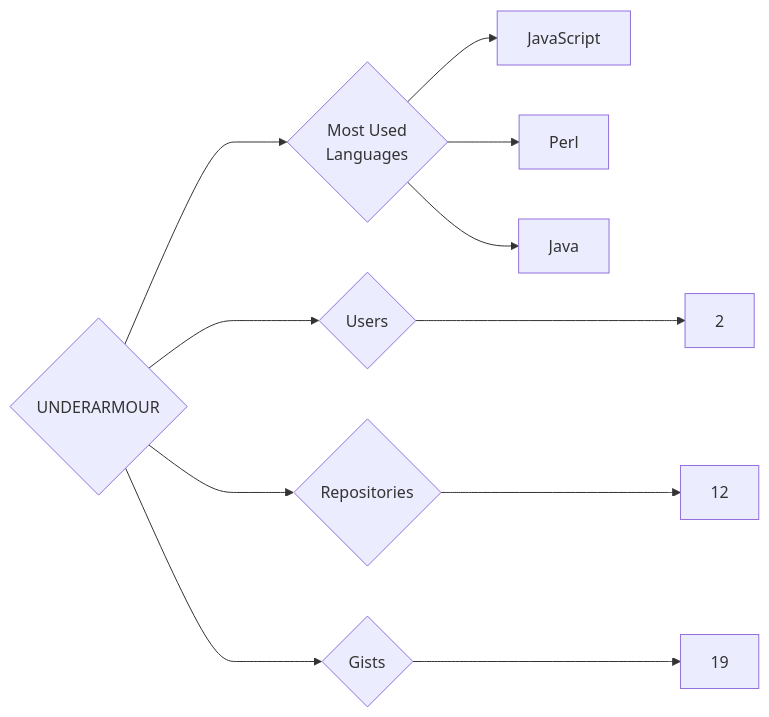
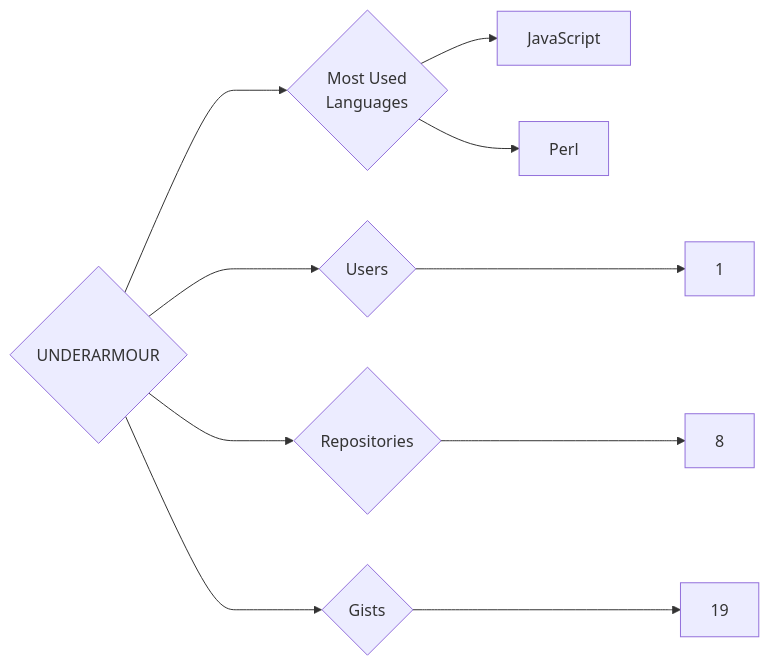
The diagram in targets/UNDERARMOUR/README.md (trickest/insiders), drawn with Mermaid before and after one commit. The commit also changed 964 other files, not shown here.

````diff
--- a/targets/UNDERARMOUR/README.md
+++ b/targets/UNDERARMOUR/README.md
@@ -3,11 +3,10 @@
 ```mermaid
 graph LR
 COMPANY_NAME{UNDERARMOUR}
-COMPANY_NAME ---> U{Users} ---> UN[2]
-COMPANY_NAME ---> R{Repositories} ---> RN[12]
+COMPANY_NAME ---> U{Users} ---> UN[1]
+COMPANY_NAME ---> R{Repositories} ---> RN[8]
 COMPANY_NAME ---> G{Gists} ---> GN[19]
 COMPANY_NAME ---> ML{Most Used<br>Languages}
 ML --> JavaScript[JavaScript]
 ML --> Perl[Perl]
-ML --> Java[Java]
 ```
````
